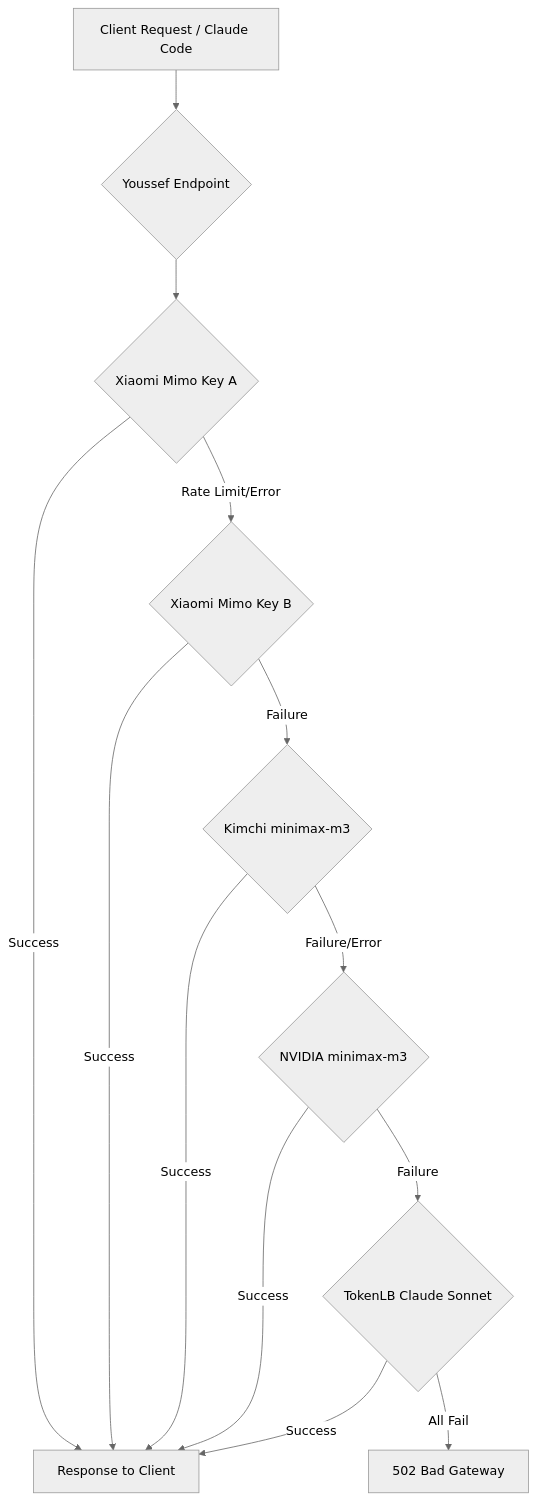
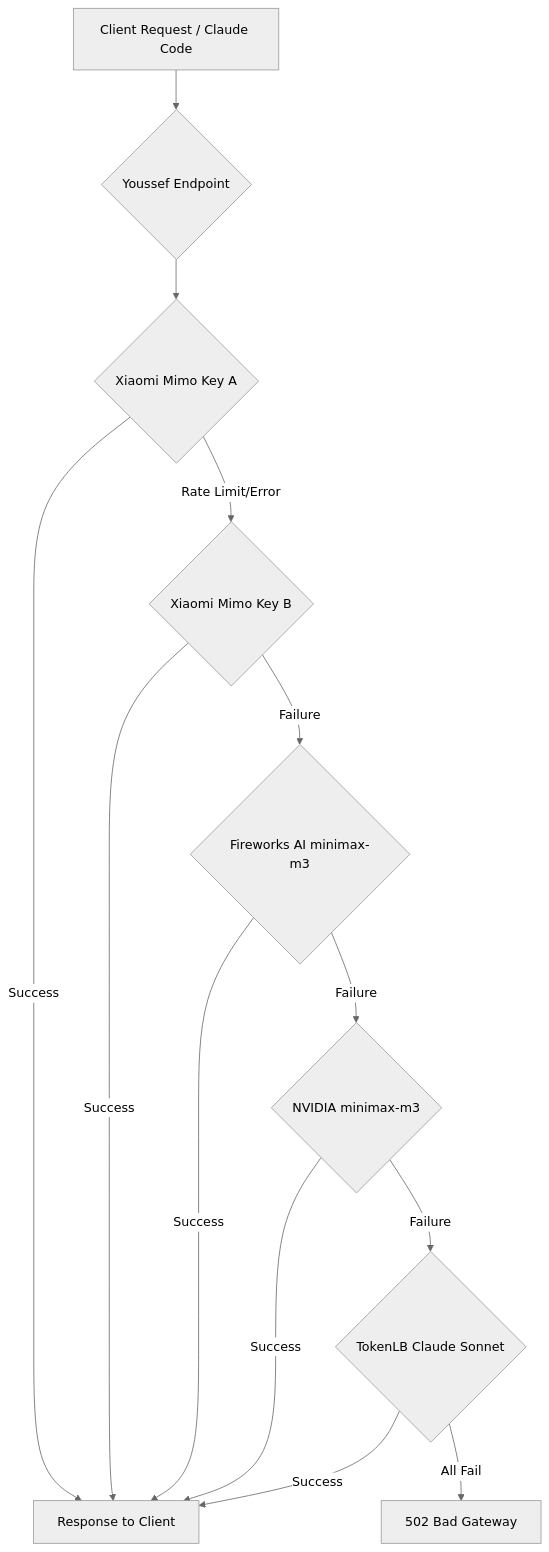
One commit to youssef-official/youssef-endpoint changed the diagram in README.md. Above: the diagram before and after it, drawn with Mermaid (neutral theme). The commit also changed other lines of this file and 2 other files, not shown here.

Commit message:
refactor: remove Kimchi provider, add Fireworks AI (minimax-m3) as provider #2

````diff
--- a/README.md
+++ b/README.md
@@ -38,15 +38,15 @@
 ```mermaid
 graph TD
     Client[Client Request / Claude Code] --> Gateway{Youssef Endpoint}
     Gateway --> P0{Xiaomi Mimo Key A}
     P0 -- Success --> Return[Response to Client]
     P0 -- Rate Limit/Error --> P0_B{Xiaomi Mimo Key B}
     P0_B -- Success --> Return
-    P0_B -- Failure --> P1{Kimchi minimax-m3}
+    P0_B -- Failure --> P1{Fireworks AI minimax-m3}
     P1 -- Success --> Return
-    P1 -- Failure/Error --> P2{NVIDIA minimax-m3}
+    P1 -- Failure --> P2{NVIDIA minimax-m3}
     P2 -- Success --> Return
     P2 -- Failure --> P3{TokenLB Claude Sonnet}
     P3 -- Success --> Return
     P3 -- All Fail --> Error[502 Bad Gateway]
 ```
````
